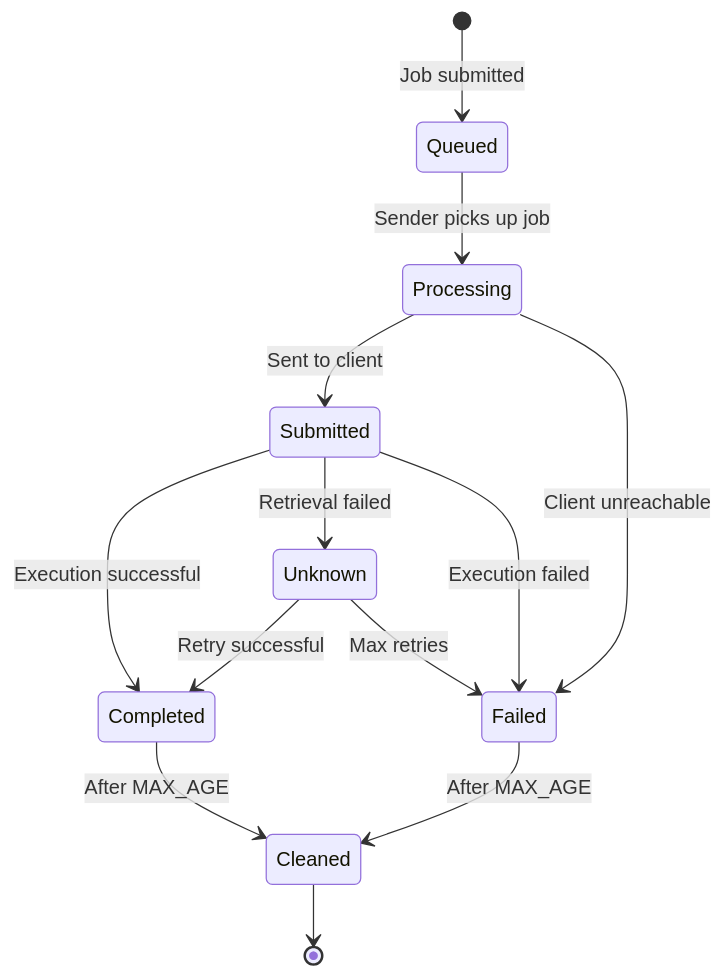
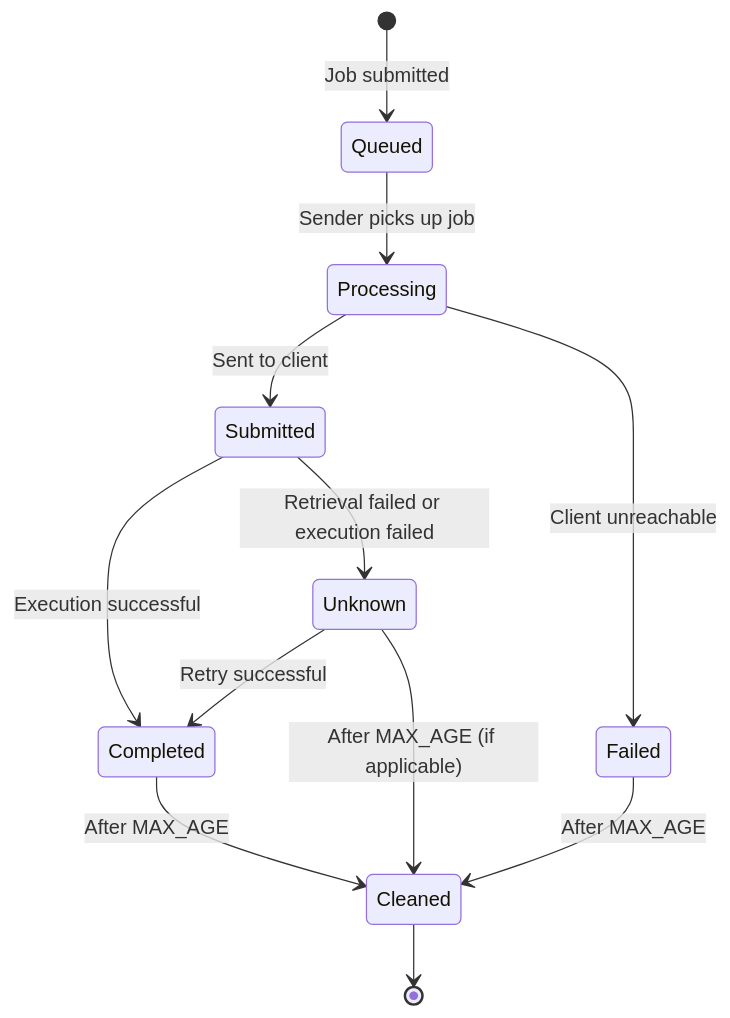
The third of 3 diagrams in README.md (rvhonorato/job-orchestrator), drawn with Mermaid before and after one commit.

Commit message:
fix state machine diagram

````diff
--- a/README.md
+++ b/README.md
@@ -108,20 +108,19 @@
 ```mermaid
 stateDiagram-v2
-      [*] --> Queued: Job submitted
+    [*] --> Queued: Job submitted
 
-      Queued --> Processing: Sender picks up job
-      Processing --> Submitted: Sent to client
-      Processing --> Failed: Client unreachable
+    Queued --> Processing: Sender picks up job
+    Processing --> Submitted: Sent to client
+    Processing --> Failed: Client unreachable
 
-      Submitted --> Completed: Execution successful
-      Submitted --> Unknown: Retrieval failed
-      Submitted --> Failed: Execution failed
+    Submitted --> Completed: Execution successful
+    Submitted --> Unknown: Retrieval failed or execution failed
 
-      Unknown --> Completed: Retry successful
-      Unknown --> Failed: Max retries
+    Unknown --> Completed: Retry successful
 
-      Completed --> Cleaned: After MAX_AGE
-      Failed --> Cleaned: After MAX_AGE
+    Completed --> Cleaned: After MAX_AGE
+    Failed --> Cleaned: After MAX_AGE
+    Unknown --> Cleaned: After MAX_AGE (if applicable)
 
-      Cleaned --> [*]
+    Cleaned --> [*]
 ```
````
